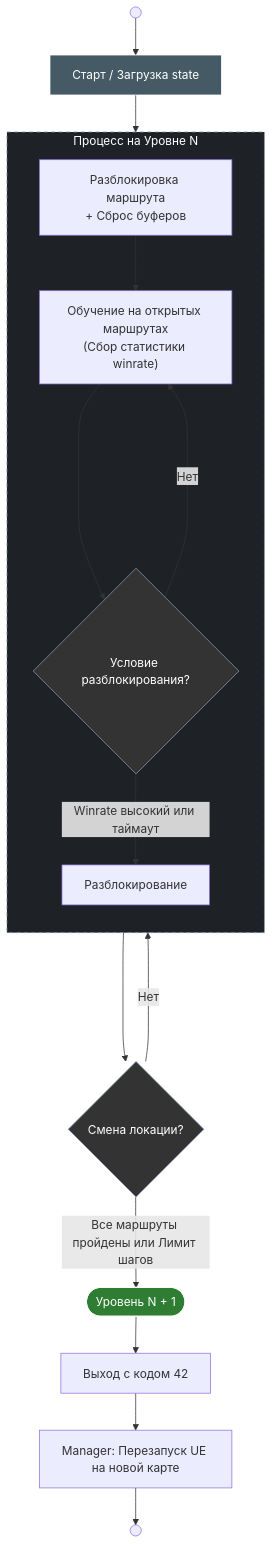
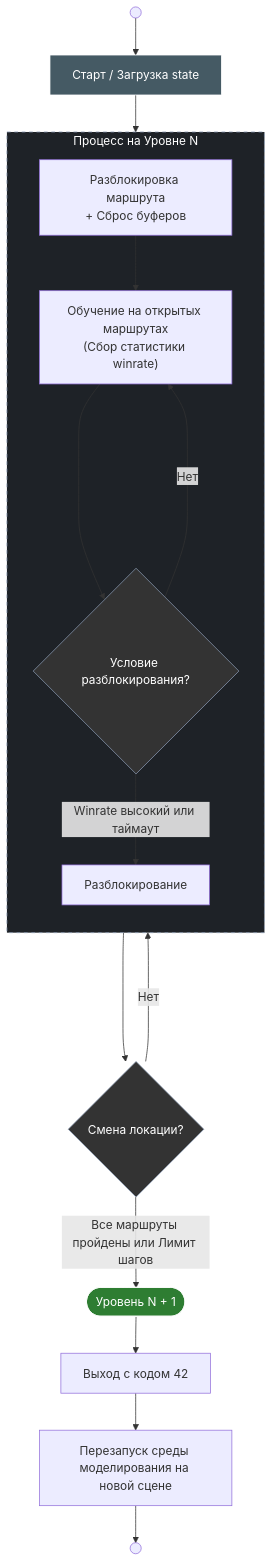
Before and after one commit to AsterPhys/Diploma: the second of 3 diagrams in docs/rl_agent.md, drawn with Mermaid. The commit also changed other lines of this file, not shown here.

````diff
--- a/docs/rl_agent.md
+++ b/docs/rl_agent.md
@@ -81,33 +81,33 @@
 ```mermaid
 flowchart TD
 Start(( )) --> Init["Старт / Загрузка state"]
 subgraph LevelN ["Процесс на Уровне N"]
     direction TB
     Train["Обучение на открытых маршрутах<br/>(Сбор статистики winrate)"]
     
     CheckUnlock{"Условие разблокирования?"}
     Unlock["Разблокировка маршрута<br/>+ Сброс буферов"]
     
     Train --> CheckUnlock
     CheckUnlock -->|Winrate высокий или таймаут| Разблокирование
     Unlock --> Train
     CheckUnlock ---->|Нет| Train
 end
 
 Init --> LevelN
 
 LevelN --> Upgrade{"Смена локации?"}
 
 Upgrade -->|Все маршруты пройдены или Лимит шагов| NextL([Уровень N + 1])
 Upgrade ---->|Нет| LevelN
 
 NextL --> Exit["Выход с кодом 42"]
-Exit --> Manager["Manager: Перезапуск UE на новой карте"]
+Exit --> Manager["Перезапуск среды моделирования на новой сцене"]
 Manager --> End(( ))
 
 style LevelN fill:#1e2227,stroke:#8B9BB4,color:#fff,stroke-dasharray: 5 5
 style CheckUnlock fill:#333,stroke:#8B9BB4,color:#fff
 style Upgrade fill:#333,stroke:#8B9BB4,color:#fff
 style NextL fill:#2e7d32,stroke:#fff,color:#fff
 style Init fill:#455a64,stroke:#fff,color:#fff
 ```
````
